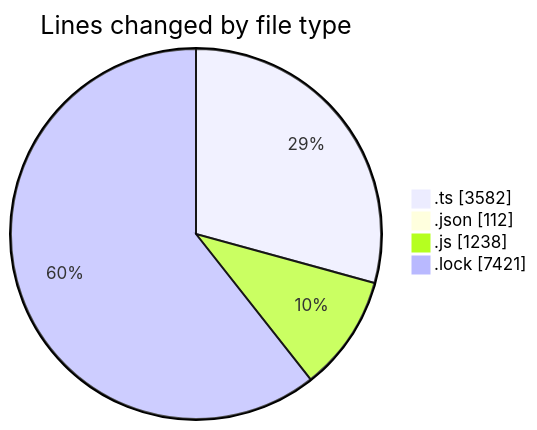
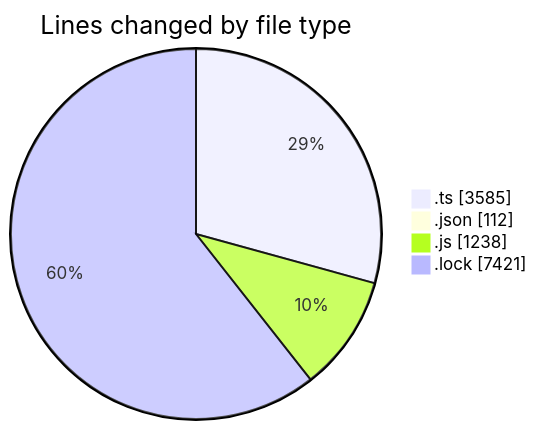
The first of 2 diagrams in 2025-07-30/cda/README.md (momahboobian/code-tracking), drawn with Mermaid before and after one commit. The commit also changed other lines of this file and 1 other file, not shown here.

````diff
--- a/2025-07-30/cda/README.md
+++ b/2025-07-30/cda/README.md
@@ -28,8 +28,8 @@
 ```mermaid
 pie showData
 title Lines changed by file type
-".ts" : 3582
+".ts" : 3585
 ".json" : 112
 ".js" : 1238
 ".lock" : 7421
 ```
````
